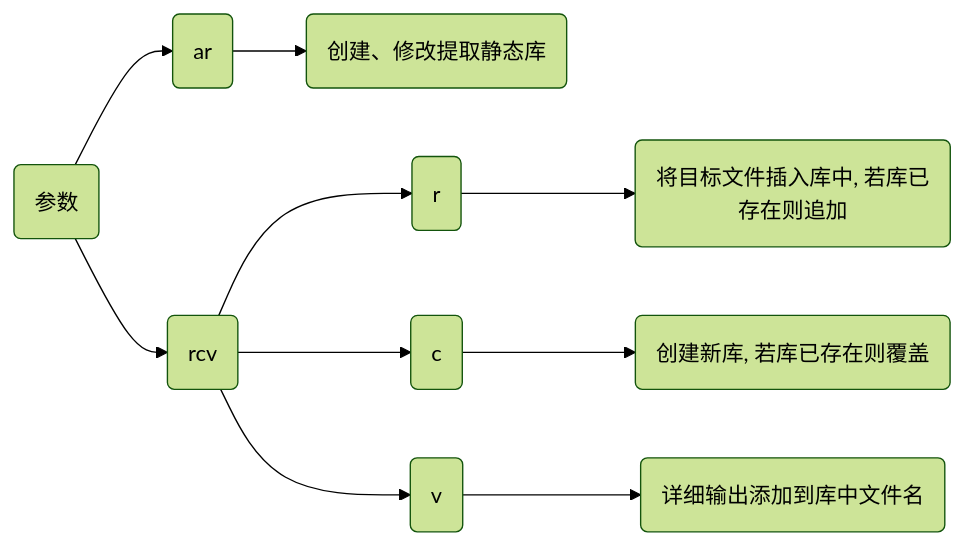
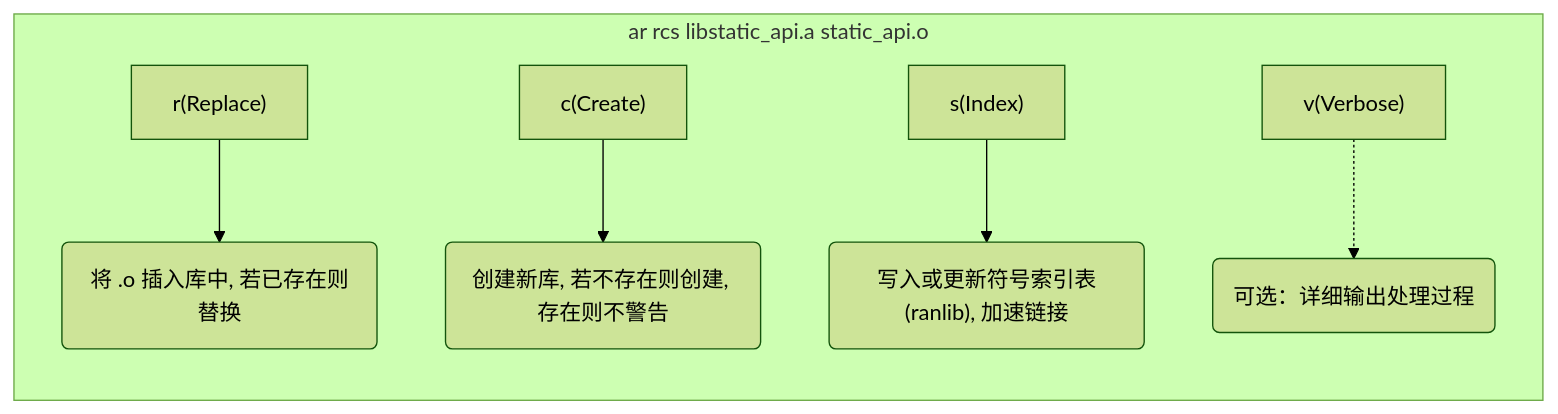
Before and after one commit to dmjcb/dmjcb.github.io: the second of 2 diagrams in _posts/c_c++/library/2022-08-15-static library.md, drawn with Mermaid (forest theme). The commit also changed other lines of this file and 12 other files, not shown here.

````diff
--- a/_posts/c_c++/library/2022-08-15-static library.md
+++ b/_posts/c_c++/library/2022-08-15-static library.md
@@ -87,9 +122,10 @@
 ```mermaid
-graph LR;
-    X(参数)
-    X-->A(ar)-->A1(创建、修改提取静态库)
-    X-->B(rcv)
-        B-->B1("r")-->B11(将目标文件插入库中, 若库已存在则追加)
-        B-->B2("c") -->B21(创建新库, 若库已存在则覆盖)
-        B -->B3("v") -->B31(详细输出添加到库中文件名)
+flowchart LR
+    subgraph ar_command ["ar rcs libstatic_api.a static_api.o"]
+        direction TB
+        A["r(Replace)"] --> A1("将 .o 插入库中, 若已存在则替换")
+        B["c(Create)"] --> B1("创建新库, 若不存在则创建, 存在则不警告")
+        C["s(Index)"] --> C1("写入或更新符号索引表(ranlib), 加速链接")
+        D["v(Verbose)"] -.-> D1("可选：详细输出处理过程")
+    end
 ```
````
